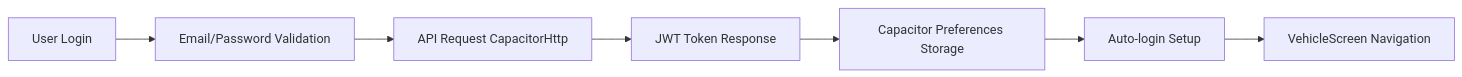
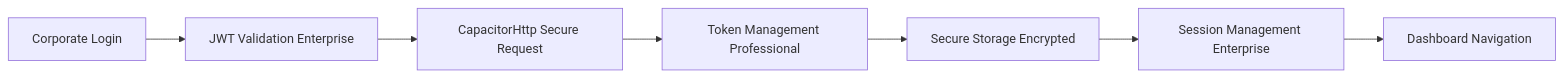
One commit to emsici/iTrack changed the first of 3 diagrams in PREZENTARE_BUSINESS_iTrack.md. Above: the diagram before and after it, drawn with Mermaid. The commit also changed other lines of this file and 5 other files, not shown here.

````diff
--- a/PREZENTARE_BUSINESS_iTrack.md
+++ b/PREZENTARE_BUSINESS_iTrack.md
@@ -231,9 +211,9 @@
 ```mermaid
 graph LR
-    A[User Login] --> B[Email/Password Validation]
-    B --> C[API Request CapacitorHttp]
-    C --> D[JWT Token Response]
-    D --> E[Capacitor Preferences Storage]
-    E --> F[Auto-login Setup]
-    F --> G[VehicleScreen Navigation]
+    A[Corporate Login] --> B[JWT Validation Enterprise]
+    B --> C[CapacitorHttp Secure Request]
+    C --> D[Token Management Professional]
+    D --> E[Secure Storage Encrypted]
+    E --> F[Session Management Enterprise]
+    F --> G[Dashboard Navigation]
 ```
````
